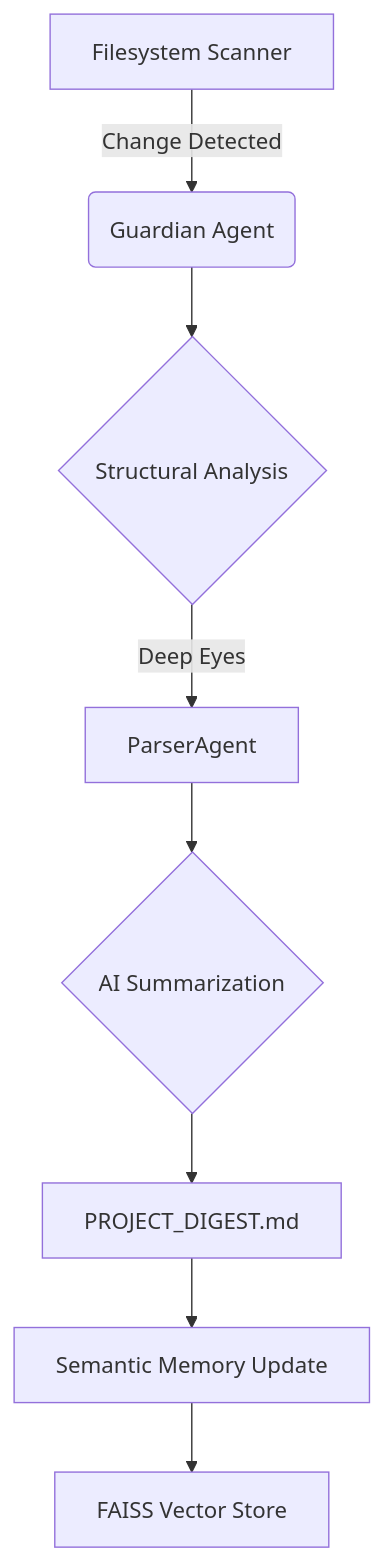
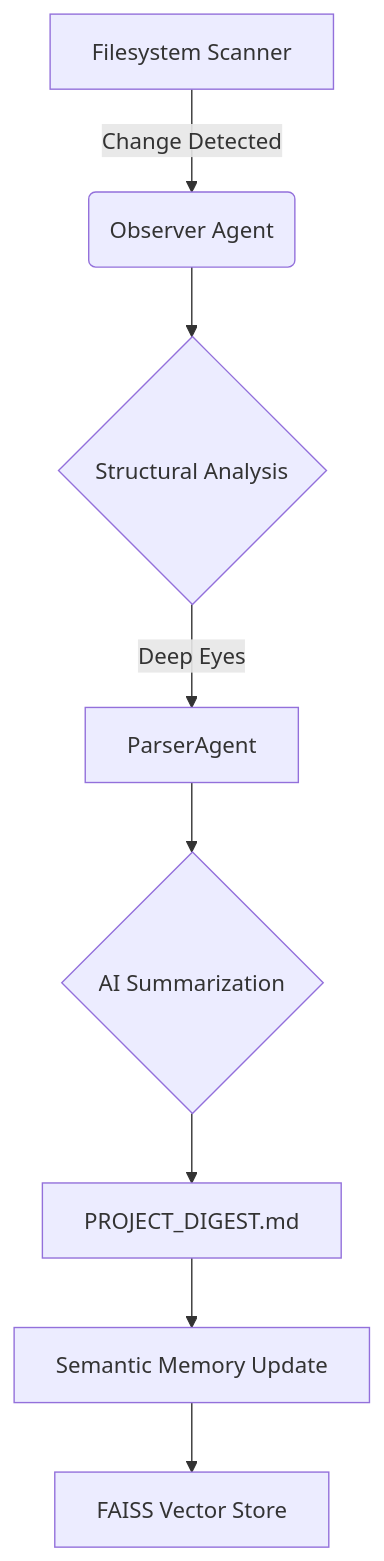
The diagram in README.md (w8explorer/AI-CodeCompass), drawn with Mermaid before and after one commit. The commit also changed other lines of this file and 3 other files, not shown here.

Commit message:
chore: rebrand project from Guardian to Observer

````diff
--- a/README.md
+++ b/README.md
@@ -42,10 +42,10 @@
 ```mermaid
 graph TD
-    A[Filesystem Scanner] -->|Change Detected| B(Guardian Agent)
+    A[Filesystem Scanner] -->|Change Detected| B(Observer Agent)
     B --> C{Structural Analysis}
     C -->|Deep Eyes| D[ParserAgent]
     D --> E{AI Summarization}
     E --> F[PROJECT_DIGEST.md]
     F --> G[Semantic Memory Update]
     G --> H[FAISS Vector Store]
 ```
````
